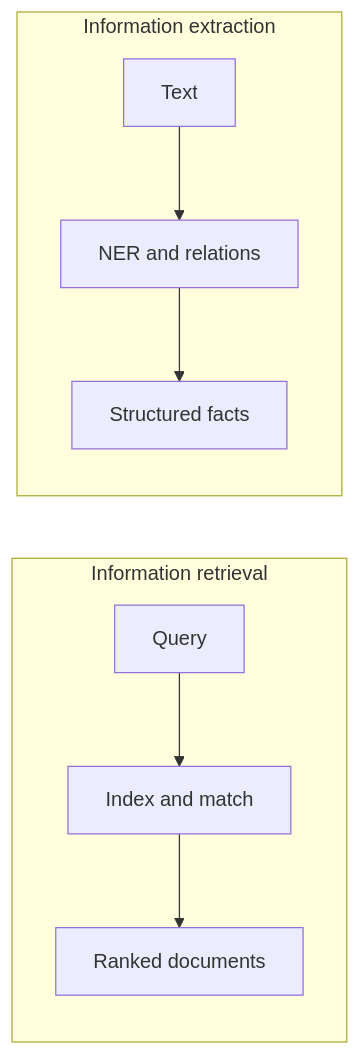
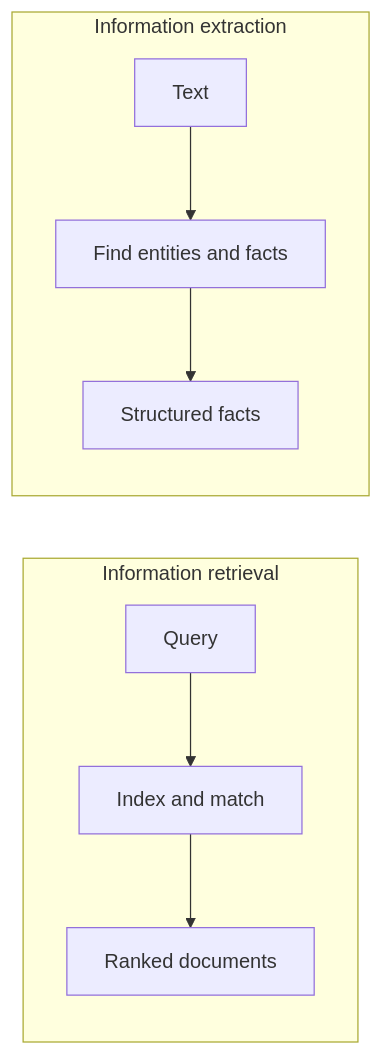
The diagram in content/natural-language-processing/pyq/2023-05-ce/q6a.mdx (TrendySloth1001/sem-seven-notes), drawn with Mermaid before and after one commit. The commit also changed other lines of this file and 406 other files, not shown here.

````diff
--- a/content/natural-language-processing/pyq/2023-05-ce/q6a.mdx
+++ b/content/natural-language-processing/pyq/2023-05-ce/q6a.mdx
@@ -11,10 +11,10 @@
 ```mermaid
-%% caption: IR returns documents; IE returns structured facts taken from the text.
+%% caption: IR returns documents; IE returns facts.
 flowchart LR
-  subgraph IR["Information retrieval"]
-    Q["Query"] --> X["Index and match"] --> R["Ranked documents"]
+  subgraph R["Information retrieval"]
+    Q["Query"] --> I["Index and match"] --> D["Ranked documents"]
   end
-  subgraph IE["Information extraction"]
-    T["Text"] --> N["NER and relations"] --> F["Structured facts"]
+  subgraph E["Information extraction"]
+    T["Text"] --> N["Find entities and facts"] --> F["Structured facts"]
   end
 ```
````
